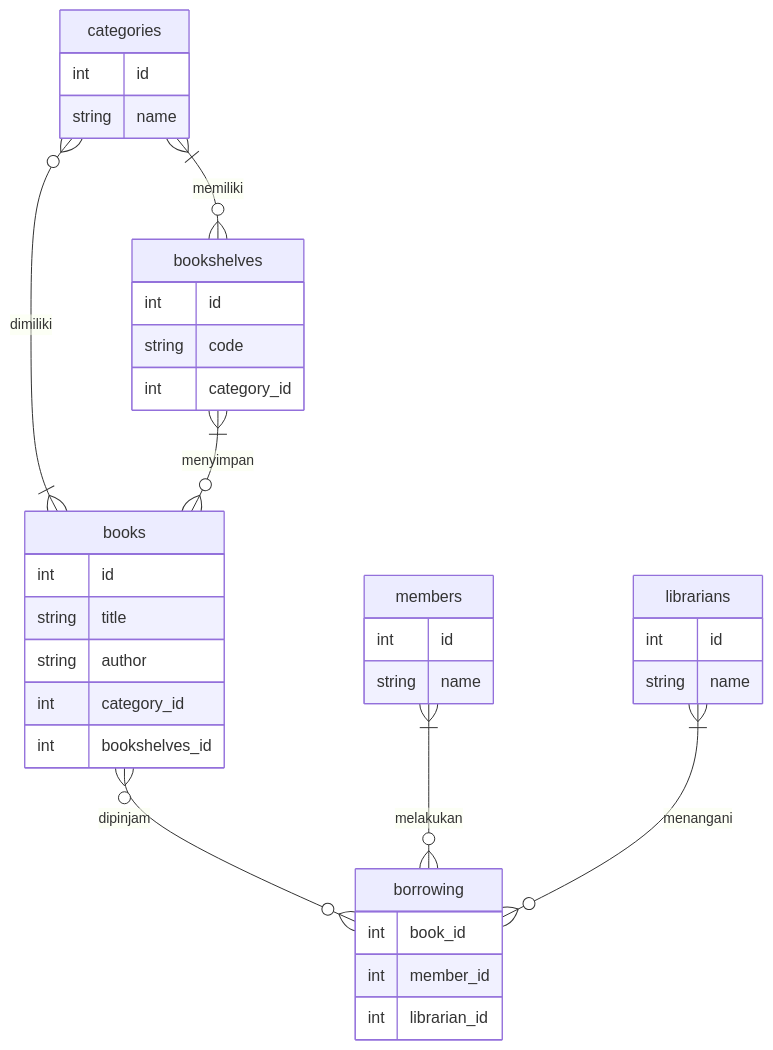
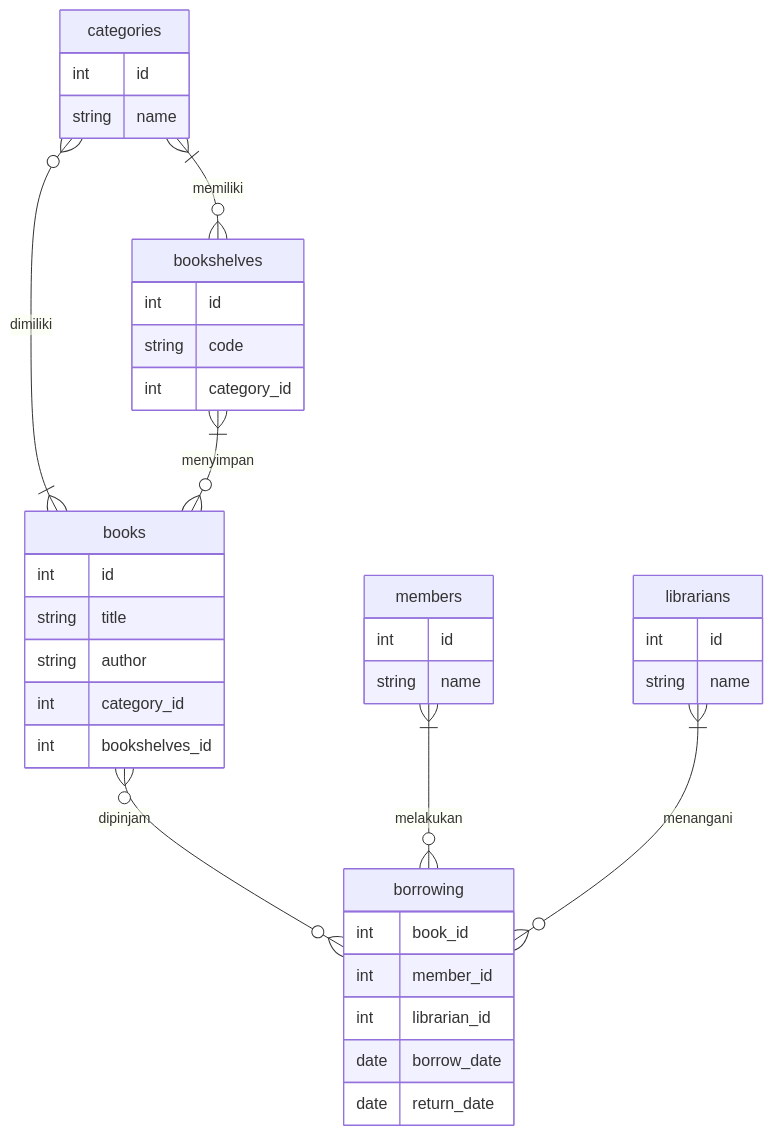
One commit to federus1105/koda-b4-db1 changed the diagram in erd/README.md. Above: the diagram before and after it, drawn with Mermaid.

Commit message:
Feat ( erd ) : atribute on table borrowing

````diff
--- a/erd/README.md
+++ b/erd/README.md
@@ -3,46 +3,48 @@
 ```mermaid
 erDiagram
 books {
     int id
     string title
     string author
     int category_id
     int bookshelves_id
 }
 
 categories {
     int id
     string name
 }
 
 bookshelves{
     int id
     string code
     int category_id
 }
 
 members {
     int id
     string name
 }
 
 librarians {
     int id
     string name
 }
 
 borrowing {
     int book_id
     int member_id
     int librarian_id
+    date borrow_date
+    date return_date
 }
 
 categories }|--o{bookshelves : memiliki
 
 categories }o--|{books: dimiliki
 bookshelves }|--o{books: menyimpan
 
 books }o--o{ borrowing: dipinjam
 members }|--o{borrowing : melakukan
 librarians }|--o{borrowing : menangani
 ```
````
